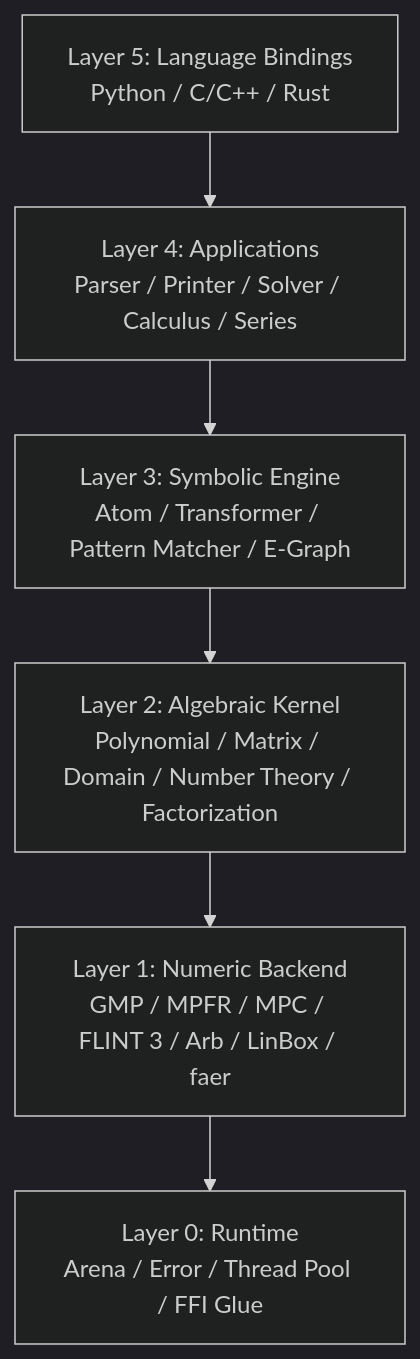
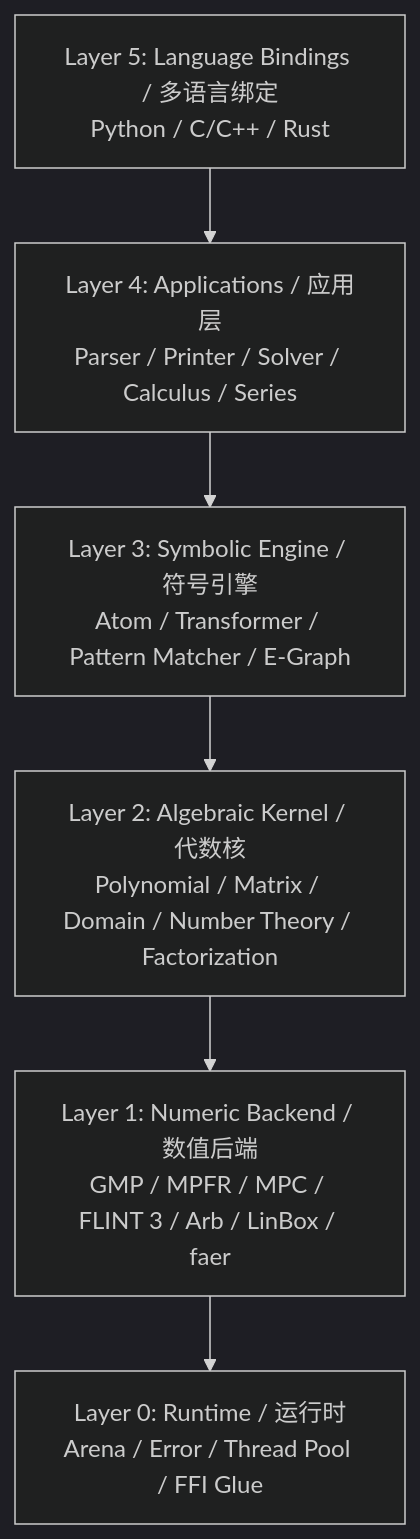
Before and after one commit to Charleshzh/oCAS: the diagram in ARCHITECTURE.md, drawn with Mermaid (dark theme). The commit also changed other lines of this file and 4 other files, not shown here.

First line of the commit message:
docs: bilingual English/Chinese documentation and detailed roadmap

````diff
--- a/ARCHITECTURE.md
+++ b/ARCHITECTURE.md
@@ -15,8 +35,8 @@
 ```mermaid
 graph TD
-    A[Layer 5: Language Bindings<br/>Python / C/C++ / Rust] --> B[Layer 4: Applications<br/>Parser / Printer / Solver / Calculus / Series]
-    B --> C[Layer 3: Symbolic Engine<br/>Atom / Transformer / Pattern Matcher / E-Graph]
-    C --> D[Layer 2: Algebraic Kernel<br/>Polynomial / Matrix / Domain / Number Theory / Factorization]
-    D --> E[Layer 1: Numeric Backend<br/>GMP / MPFR / MPC / FLINT 3 / Arb / LinBox / faer]
-    E --> F[Layer 0: Runtime<br/>Arena / Error / Thread Pool / FFI Glue]
+    A[Layer 5: Language Bindings / 多语言绑定<br/>Python / C/C++ / Rust] --> B[Layer 4: Applications / 应用层<br/>Parser / Printer / Solver / Calculus / Series]
+    B --> C[Layer 3: Symbolic Engine / 符号引擎<br/>Atom / Transformer / Pattern Matcher / E-Graph]
+    C --> D[Layer 2: Algebraic Kernel / 代数核<br/>Polynomial / Matrix / Domain / Number Theory / Factorization]
+    D --> E[Layer 1: Numeric Backend / 数值后端<br/>GMP / MPFR / MPC / FLINT 3 / Arb / LinBox / faer]
+    E --> F[Layer 0: Runtime / 运行时<br/>Arena / Error / Thread Pool / FFI Glue]
 ```
````
